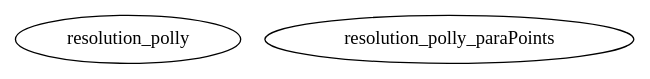
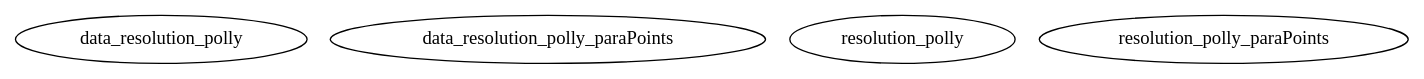
Before and after one commit to RascalSoftware/RAT: the diagram in Docs/RefCalcDocs/common/Resolution_Functions/Simple_Gaussian/graph.dot, drawn with Graphviz. The commit also changed 818 other files, not shown here.

```diff
--- a/Docs/RefCalcDocs/common/Resolution_Functions/Simple_Gaussian/graph.dot
+++ b/Docs/RefCalcDocs/common/Resolution_Functions/Simple_Gaussian/graph.dot
@@ -1,6 +1,8 @@
 /* Created by mdot for Matlab */
 digraph m2html {
 
+  data_resolution_polly [URL="data_resolution_polly.html"];
+  data_resolution_polly_paraPoints [URL="data_resolution_polly_paraPoints.html"];
   resolution_polly [URL="resolution_polly.html"];
   resolution_polly_paraPoints [URL="resolution_polly_paraPoints.html"];
 }
```
